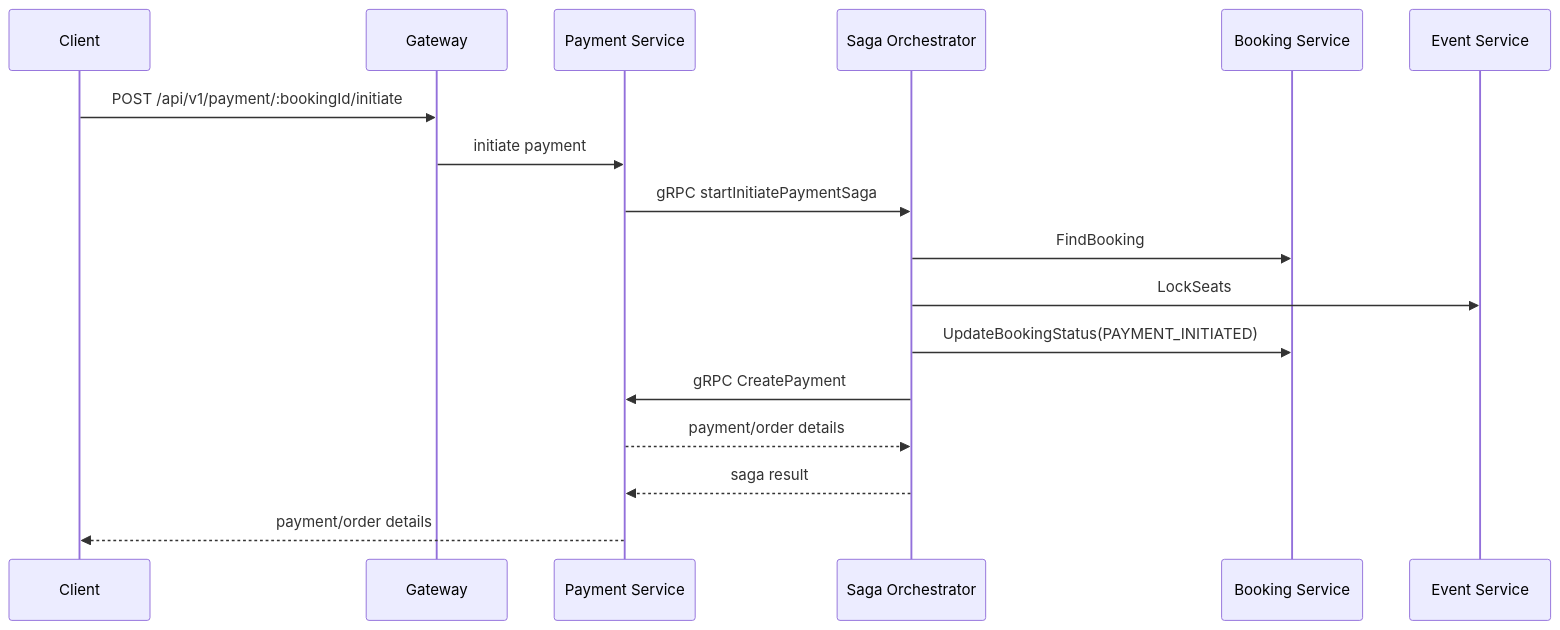
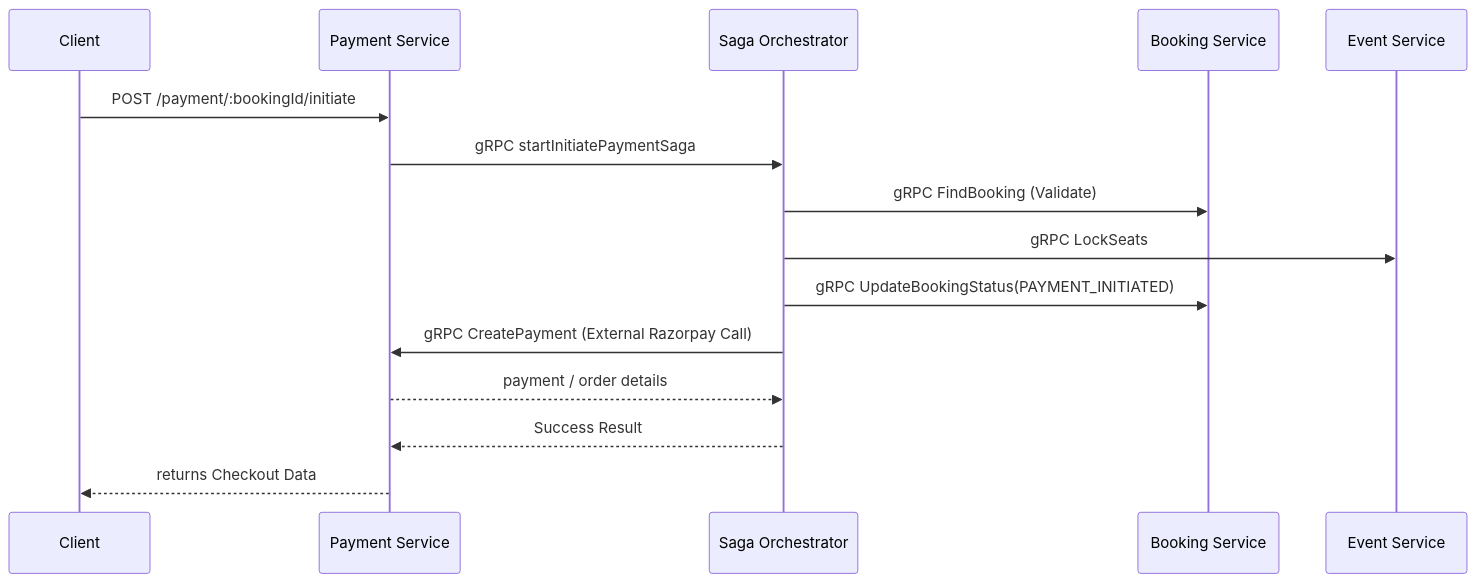
The first of 4 diagrams in docs/05_Impact_and_Diagrams.md (NithinKS007/EP-Microservices), drawn with Mermaid before and after one commit. The commit also changed other lines of this file and 7 other files, not shown here.

````diff
--- a/docs/05_Impact_and_Diagrams.md
+++ b/docs/05_Impact_and_Diagrams.md
@@ -5,20 +9,18 @@
 ```mermaid
 sequenceDiagram
     participant C as Client
-    participant G as Gateway
     participant P as Payment Service
     participant S as Saga Orchestrator
     participant B as Booking Service
     participant E as Event Service
 
-    C->>G: POST /api/v1/payment/:bookingId/initiate
-    G->>P: initiate payment
+    C->>P: POST /payment/:bookingId/initiate
     P->>S: gRPC startInitiatePaymentSaga
-    S->>B: FindBooking
-    S->>E: LockSeats
-    S->>B: UpdateBookingStatus(PAYMENT_INITIATED)
-    S->>P: gRPC CreatePayment
-    P-->>S: payment/order details
-    S-->>P: saga result
-    P-->>C: payment/order details
+    S->>B: gRPC FindBooking (Validate)
+    S->>E: gRPC LockSeats
+    S->>B: gRPC UpdateBookingStatus(PAYMENT_INITIATED)
+    S->>P: gRPC CreatePayment (External Razorpay Call)
+    P-->>S: payment / order details
+    S-->>P: Success Result
+    P-->>C: returns Checkout Data
 ```
````
